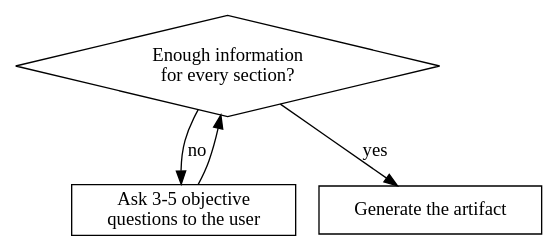
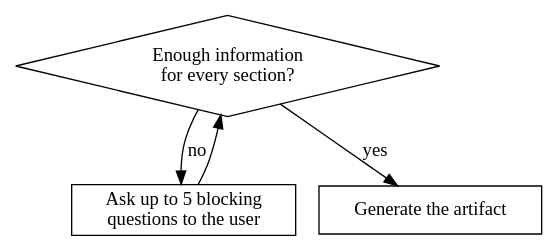
Before and after one commit to scrapup/scrapup: the fourth of 4 diagrams in skills/blueprint/SKILL.md, drawn with Graphviz. The commit also changed other lines of this file and 63 other files, not shown here.

````diff
--- a/skills/blueprint/SKILL.md
+++ b/skills/blueprint/SKILL.md
@@ -330,12 +345,12 @@
 ```dot
 digraph discovery {
     node [shape=box];
     check [label="Enough information\nfor every section?" shape=diamond];
-    ask [label="Ask 3-5 objective\nquestions to the user"];
+    ask [label="Ask up to 5 blocking\nquestions to the user"];
     generate [label="Generate the artifact"];
 
     check -> ask [label="no"];
     check -> generate [label="yes"];
     ask -> check;
 }
 ```
````
